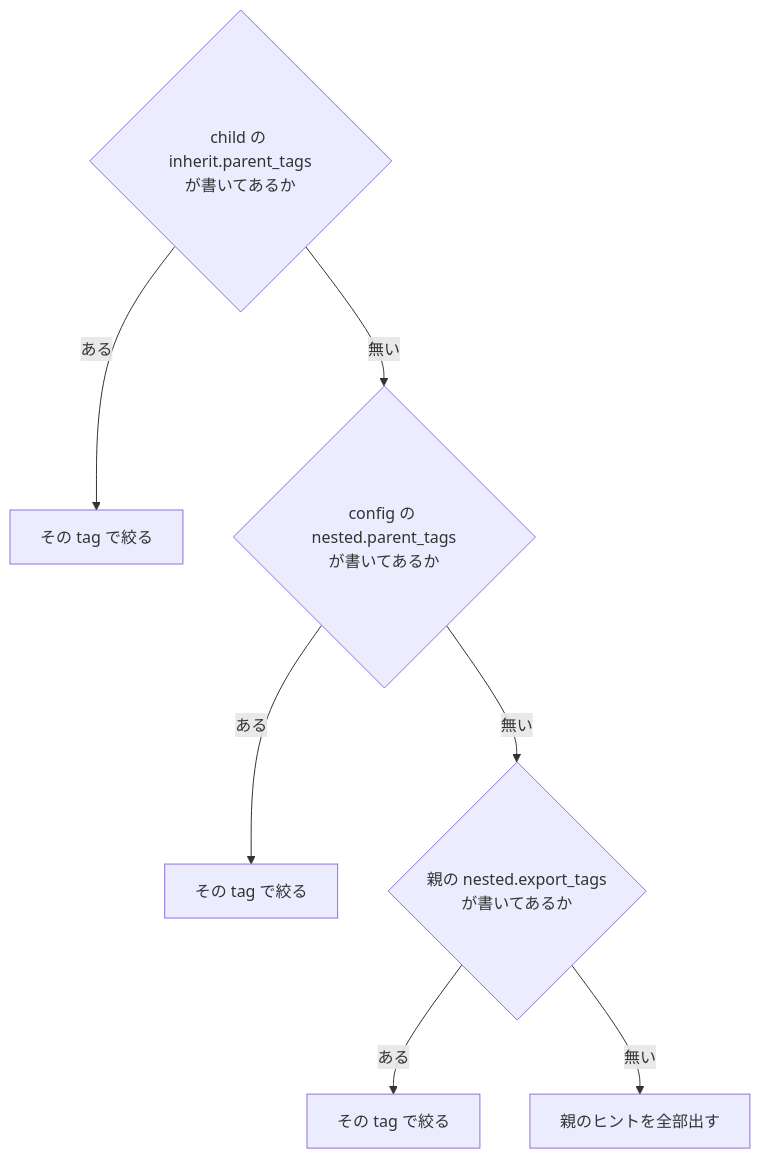
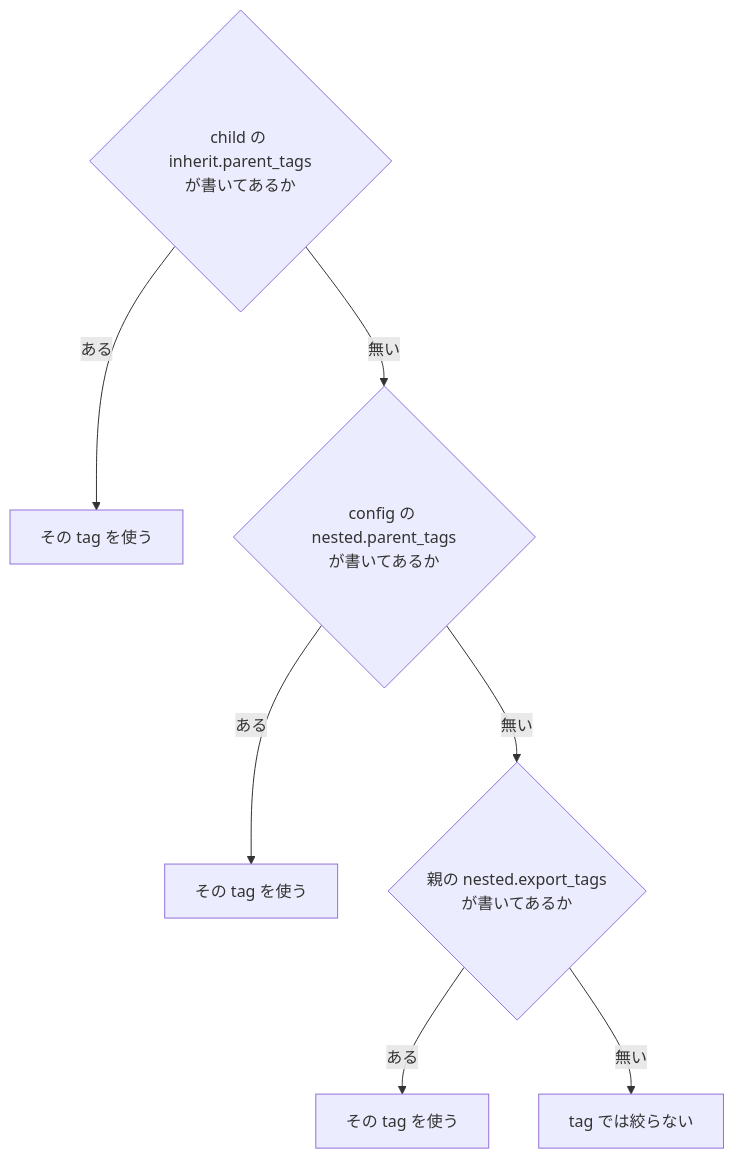
The third of 5 diagrams in docs/SHEETS.md (yasuoeto/wayhint), drawn with Mermaid before and after one commit. The commit also changed other lines of this file and 15 other files, not shown here.

````diff
--- a/docs/SHEETS.md
+++ b/docs/SHEETS.md
@@ -61,9 +62,9 @@
 ```mermaid
 flowchart TD
-    A{child の inherit.parent_tags<br/>が書いてあるか} -- ある --> R1[その tag で絞る]
+    A{child の inherit.parent_tags<br/>が書いてあるか} -- ある --> R1[その tag を使う]
     A -- 無い --> B{config の nested.parent_tags<br/>が書いてあるか}
-    B -- ある --> R2[その tag で絞る]
+    B -- ある --> R2[その tag を使う]
     B -- 無い --> C{親の nested.export_tags<br/>が書いてあるか}
-    C -- ある --> R3[その tag で絞る]
-    C -- 無い --> R4[親のヒントを全部出す]
+    C -- ある --> R3[その tag を使う]
+    C -- 無い --> R4[tag では絞らない]
 ```
````
